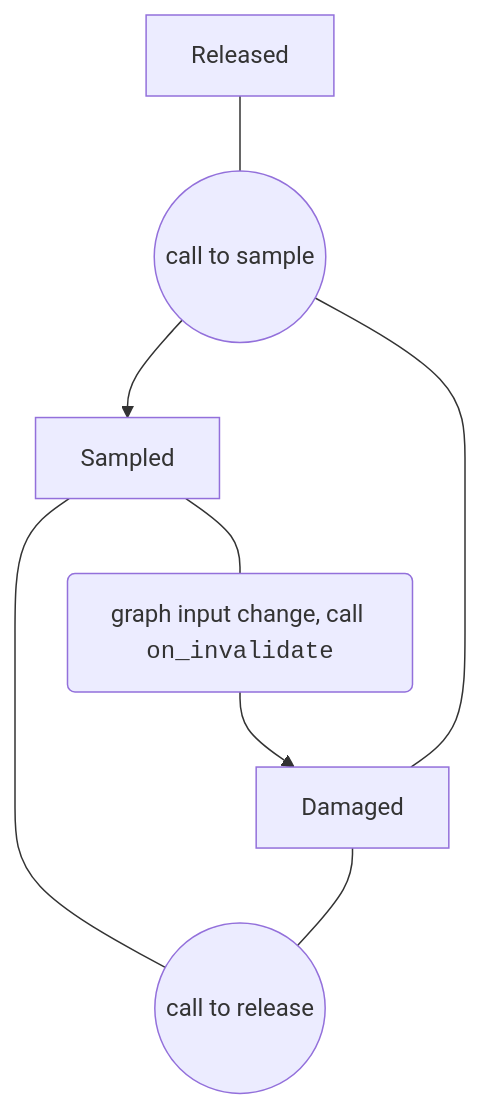
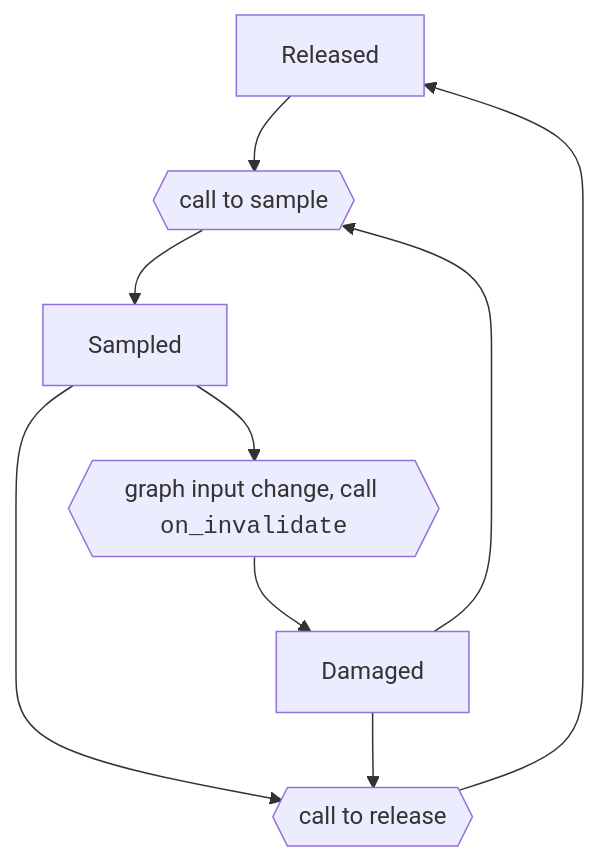
Before and after one commit to let-def/lwd: the diagram in README.md, drawn with Mermaid.

Commit message:
tweak the graph in readme

````diff
--- a/README.md
+++ b/README.md
@@ -155,16 +155,17 @@
 ```mermaid
 graph TD;
     R[Released]
     S[Sampled]
     D[Damaged]
-    s((call to sample))
-    i(graph input change, call <tt>on_invalidate</tt>)
-    r((call to release))
-    R---s
+    s{{call to sample}}
+    i{{graph input change, call <tt>on_invalidate</tt>}}
+    r{{call to release}}
+    R-->s
     s-->S
-    D---s
-    S---i
+    D-->s
+    S-->i
     i-->D
-    S---r
-    D---r
+    S-->r
+    D-->r
+    r-->R
 ```
````
